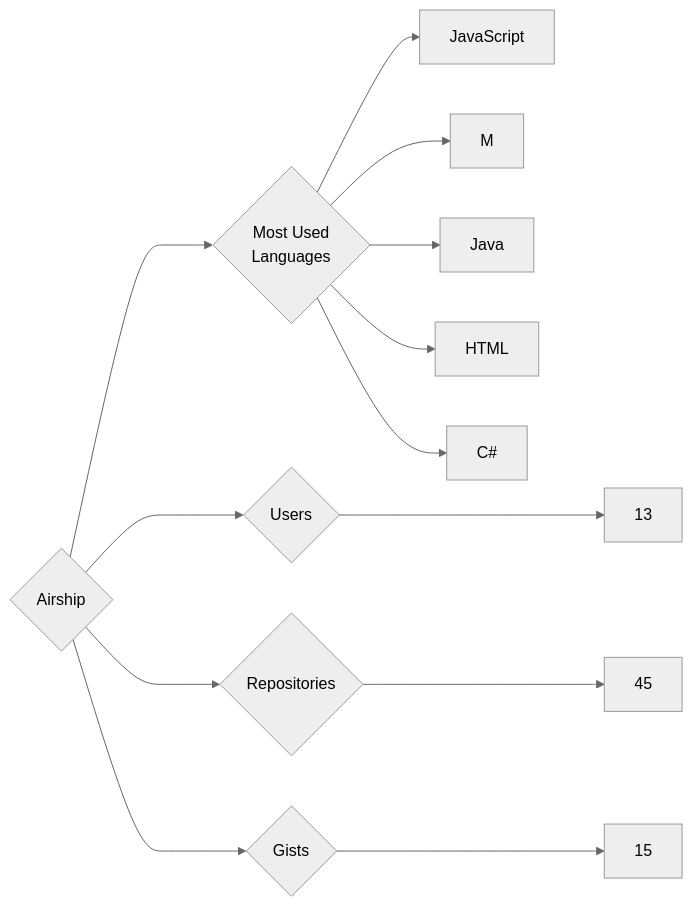
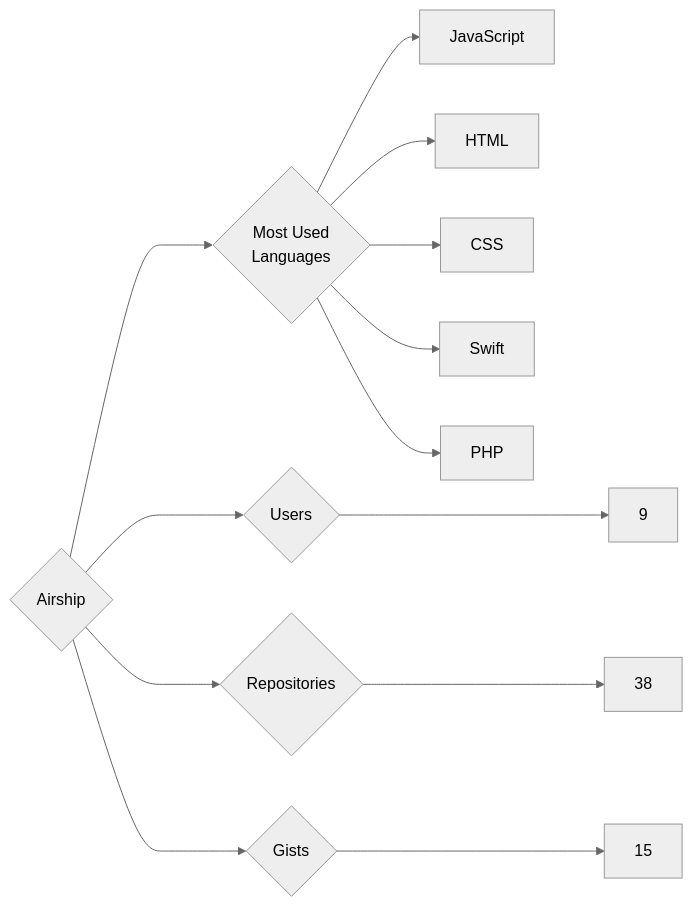
Before and after one commit to trickest/insiders: the diagram in targets/Airship/README.md, drawn with Mermaid (neutral theme). The commit also changed 745 other files, not shown here.

````diff
--- a/targets/Airship/README.md
+++ b/targets/Airship/README.md
@@ -3,13 +3,13 @@
 ```mermaid
 graph LR
 COMPANY_NAME{Airship}
-COMPANY_NAME ---> U{Users} ---> UN[13]
-COMPANY_NAME ---> R{Repositories} ---> RN[45]
+COMPANY_NAME ---> U{Users} ---> UN[9]
+COMPANY_NAME ---> R{Repositories} ---> RN[38]
 COMPANY_NAME ---> G{Gists} ---> GN[15]
 COMPANY_NAME ---> ML{Most Used<br>Languages}
 ML --> JavaScript[JavaScript]
-ML --> M[M]
-ML --> Java[Java]
 ML --> HTML[HTML]
-ML --> C#[C#]
+ML --> CSS[CSS]
+ML --> Swift[Swift]
+ML --> PHP[PHP]
 ```
````
